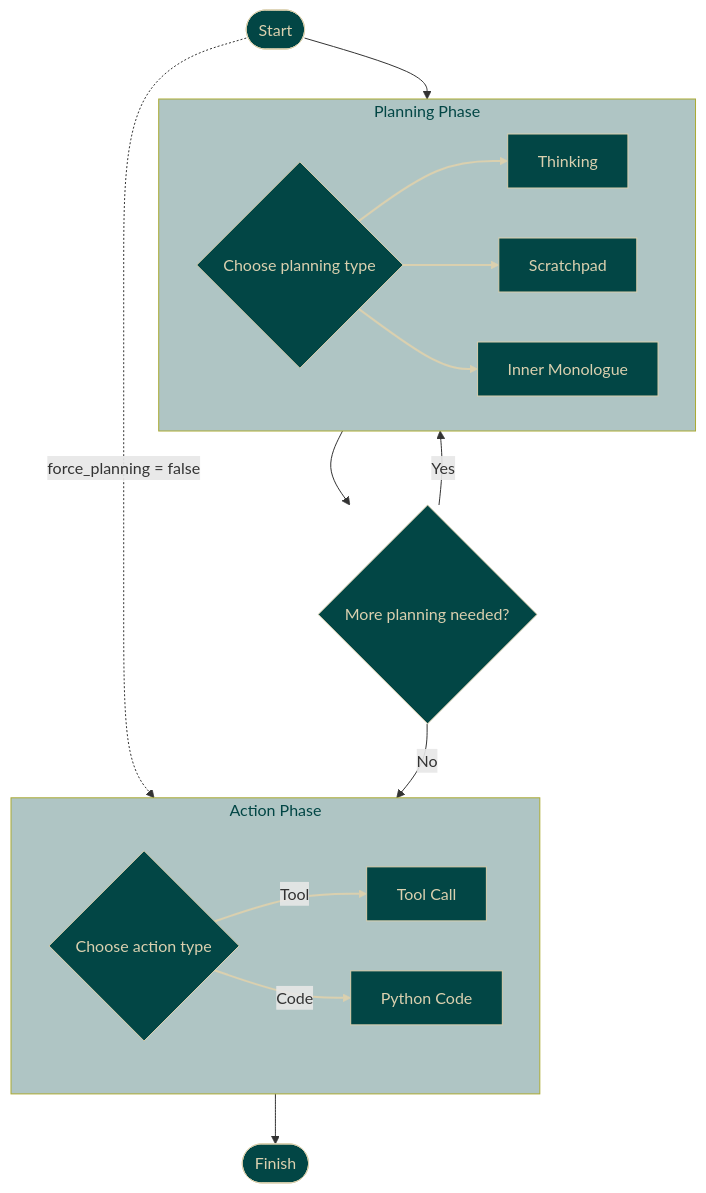
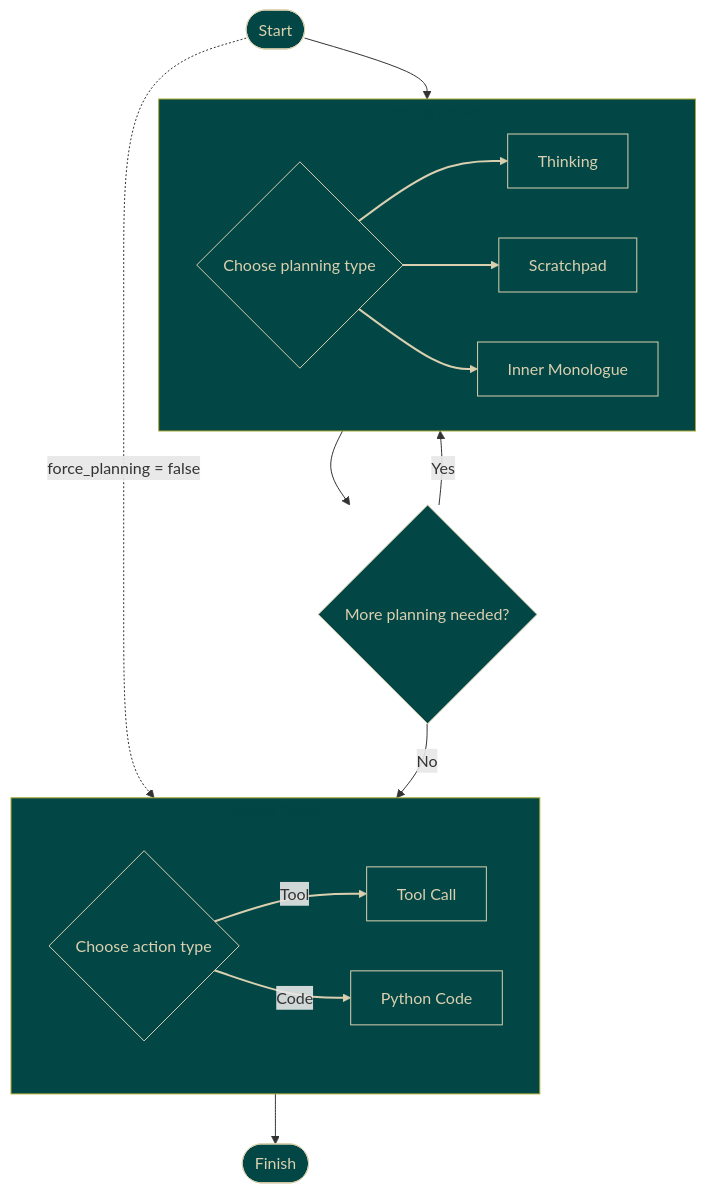
The diagram in pba-docs/docs/index.md (TheProxyCompany/proxy-technical-docs), drawn with Mermaid before and after one commit. The commit also changed 4 other files, not shown here.

````diff
--- a/pba-docs/docs/index.md
+++ b/pba-docs/docs/index.md
@@ -17,43 +17,43 @@
 ```mermaid
 flowchart TD
     Start([Start]) --> Plan
     Start -. force_planning = false .-> Action
 
     subgraph Plan["Planning Phase"]
         PlanningChoice{"Choose planning type"}
         Thinking["Thinking"]
         Scratchpad["Scratchpad"]
         InnerMonologue["Inner Monologue"]
 
         PlanningChoice --> Thinking
         PlanningChoice --> Scratchpad
         PlanningChoice --> InnerMonologue
     end
 
     subgraph Action["Action Phase"]
         ActionChoice{"Choose action type"}
         ToolAction["Tool Call"]
         CodeAction["Python Code"]
 
         ActionChoice -- "Tool" --> ToolAction
         ActionChoice -- "Code" --> CodeAction
     end
 
     Plan --> PlanLoop{"More planning needed?"}
     PlanLoop -- "Yes" --> Plan
     PlanLoop -- "No" --> Action
 
     Action --> Finish([Finish])
 
     linkStyle 2,3,4,5,6 stroke:#DAD0AF,stroke-width:2px;
-    classDef phase fill:#02464550, border-color:#DAD0AF, color:#024645
+    classDef phase fill:#024645, border-color:#DAD0AF, color:#024645
     classDef decision fill:#024645,stroke:#DAD0AF,color:#DAD0AF,border-color:#DAD0AF,shape:diamond
     classDef state fill:#024645,stroke:#DAD0AF,color:#DAD0AF,border-color:#DAD0AF
     classDef terminal fill:#024645,stroke:#DAD0AF,color:#DAD0AF,border-color:#DAD0AF,shape:stadium
 
     class Plan,Action phase
     class PlanLoop,ActionChoice,StepCheck decision
     class PlanningChoice,Thinking,Scratchpad,InnerMonologue state
     class ToolAction,CodeAction state
     class Start,Finish terminal
 ```
````
